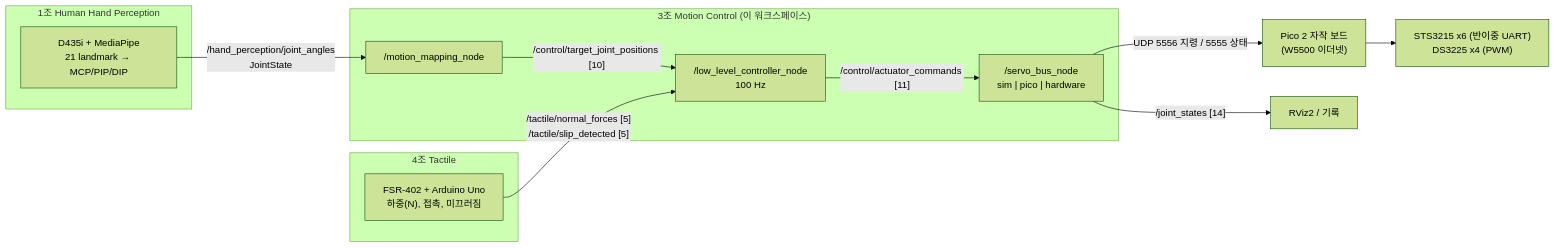
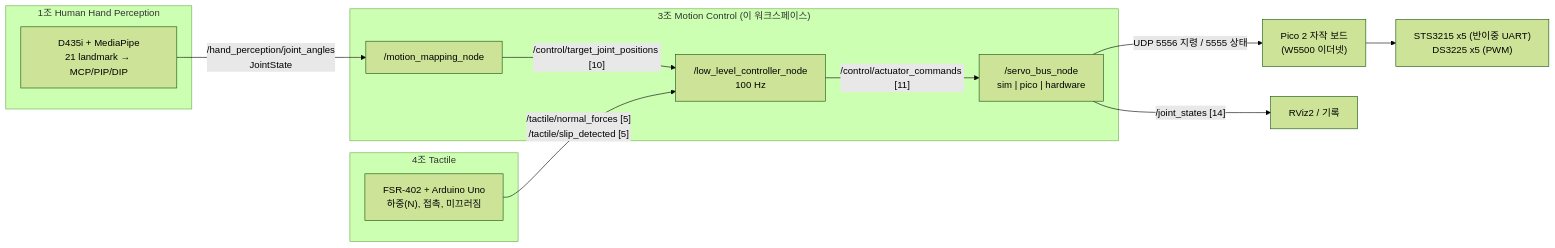
Before and after one commit to fain0516-ctrl/TA_VLA_RLCtrl__repo: the diagram in ros2_ws/README.md, drawn with Mermaid (forest theme). The commit also changed other lines of this file and 22 other files, not shown here.

````diff
--- a/ros2_ws/README.md
+++ b/ros2_ws/README.md
@@ -9,24 +9,24 @@
 ```mermaid
 flowchart LR
     subgraph T1["1조 Human Hand Perception"]
         P["D435i + MediaPipe<br/>21 landmark → MCP/PIP/DIP"]
     end
     subgraph T4["4조 Tactile"]
         F["FSR-402 + Arduino Uno<br/>하중(N), 접촉, 미끄러짐"]
     end
     subgraph T3["3조 Motion Control (이 워크스페이스)"]
         M["/motion_mapping_node"]
         C["/low_level_controller_node<br/>100 Hz"]
         B["/servo_bus_node<br/>sim | pico | hardware"]
     end
     PICO["Pico 2 자작 보드<br/>(W5500 이더넷)"]
-    HW["STS3215 x6 (반이중 UART)<br/>DS3225 x4 (PWM)"]
+    HW["STS3215 x5 (반이중 UART)<br/>DS3225 x5 (PWM)"]
 
     P -- "/hand_perception/joint_angles<br/>JointState" --> M
     M -- "/control/target_joint_positions [10]" --> C
     F -- "/tactile/normal_forces [5]<br/>/tactile/slip_detected [5]" --> C
     C -- "/control/actuator_commands [11]" --> B
     B -- "UDP 5556 지령 / 5555 상태" --> PICO
     PICO --> HW
     B -- "/joint_states [14]" --> RViz2["RViz2 / 기록"]
 ```
````
